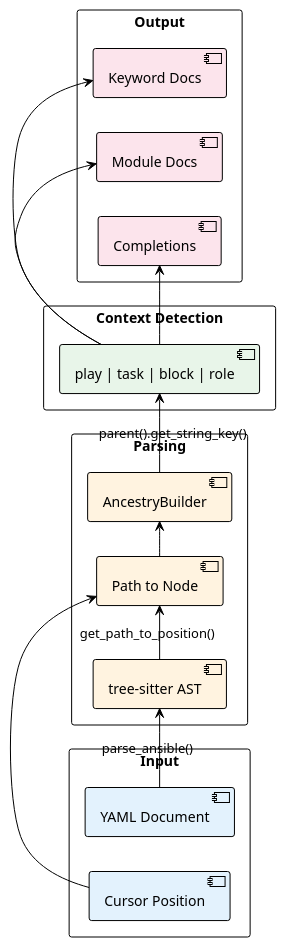
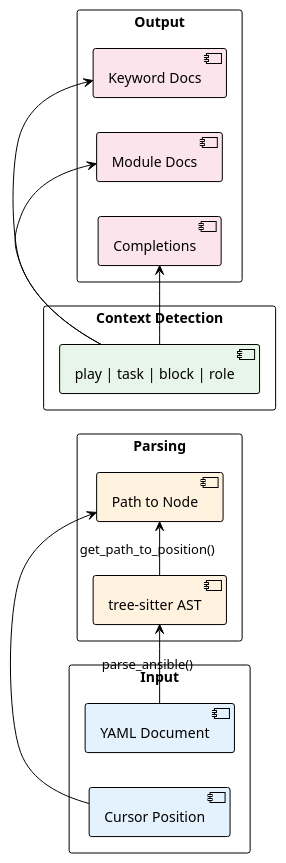
Before and after one commit to Tremolo-Labs/ansible-language-server: the second of 2 diagrams in ansible-language-server.org, drawn with PlantUML. The commit also changed other lines of this file and 4 other files, not shown here.

```diff
--- a/ansible-language-server.org
+++ b/ansible-language-server.org
@@ -153,37 +154,35 @@
 #+begin_src plantuml :file images/dataflow.png :exports results
 @startuml
 !theme plain
 left to right direction
 skinparam packageStyle rectangle
 
 package "Input" {
   [YAML Document] as doc #e3f2fd
   [Cursor Position] as pos #e3f2fd
 }
 
 package "Parsing" {
   [tree-sitter AST] as tree #fff3e0
   [Path to Node] as path #fff3e0
-  [AncestryBuilder] as ancestry #fff3e0
 }
 
 package "Context Detection" {
   [play | task | block | role] as ctx #e8f5e9
 }
 
 package "Output" {
   [Keyword Docs] as kw #fce4ec
   [Module Docs] as mod #fce4ec
   [Completions] as comp #fce4ec
 }
 
 doc -right-> tree : parse_ansible()
 pos -right-> path
 tree -right-> path : get_path_to_position()
-path -right-> ancestry
-ancestry -right-> ctx : parent().get_string_key()
+
 ctx -right-> kw
 ctx -right-> mod
 ctx -right-> comp
 @enduml
 #+end_src
```
